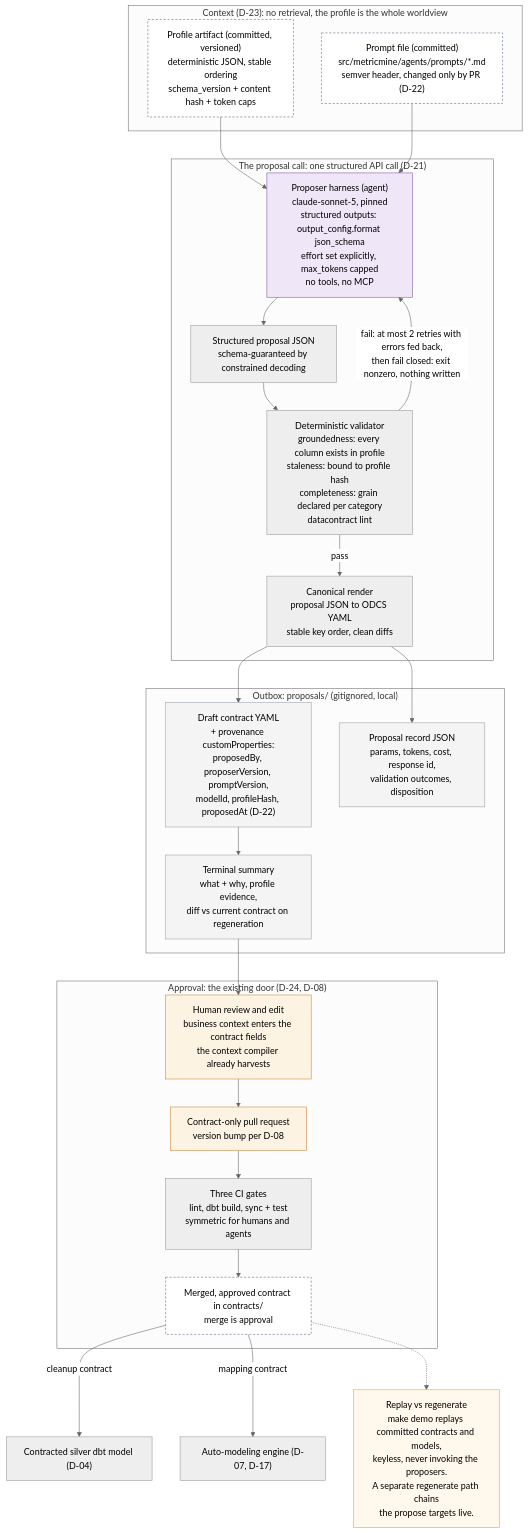
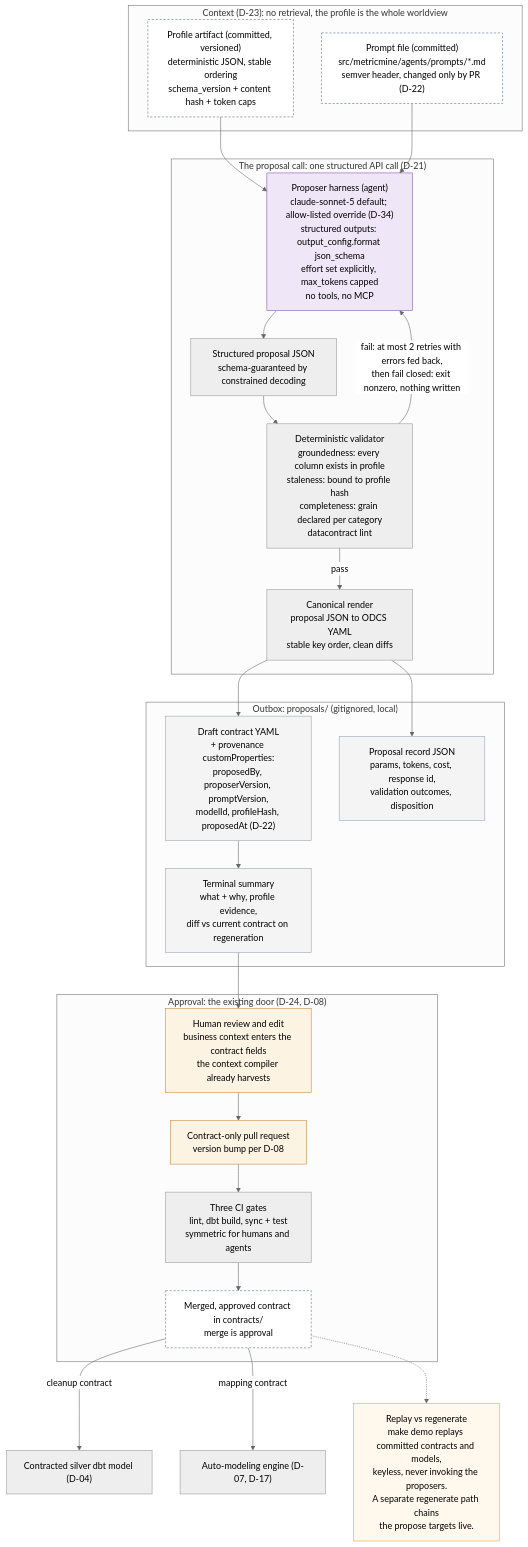
Before and after one commit to metricminellc/metricmine: the diagram in docs/diagrams/agent_proposal_flow.mmd, drawn with Mermaid (neutral theme). The commit also changed 21 other files, not shown here.

```diff
--- a/docs/diagrams/agent_proposal_flow.mmd
+++ b/docs/diagrams/agent_proposal_flow.mmd
@@ -1,53 +1,53 @@
 %% MetricMine agent layer: the proposer runtime (propose, validate, approve)
 %% Companion to Agent Layer Design 001 and Decision Record 002 (D-21..D-25), July 12, 2026.
 %% Both proposers share this shape: cleanup (bronze profile -> cleanup contract),
 %% mapping (silver profile -> mapping contract). One structured API call each, no tools,
 %% no MCP, no loops (D-21). Human-readable companion: agent_proposal_flow.svg
 flowchart TD
     subgraph CTX["Context (D-23): no retrieval, the profile is the whole worldview"]
         PROF["Profile artifact (committed, versioned)<br/>deterministic JSON, stable ordering<br/>schema_version + content hash + token caps"]
         PROMPT["Prompt file (committed)<br/>src/metricmine/agents/prompts/*.md<br/>semver header, changed only by PR (D-22)"]
     end
 
     subgraph CALL["The proposal call: one structured API call (D-21)"]
-        HARNESS["Proposer harness (agent)<br/>claude-sonnet-5, pinned<br/>structured outputs: output_config.format json_schema<br/>effort set explicitly, max_tokens capped<br/>no tools, no MCP"]
+        HARNESS["Proposer harness (agent)<br/>claude-sonnet-5 default; allow-listed override (D-34)<br/>structured outputs: output_config.format json_schema<br/>effort set explicitly, max_tokens capped<br/>no tools, no MCP"]
         JSON["Structured proposal JSON<br/>schema-guaranteed by constrained decoding"]
         VAL["Deterministic validator<br/>groundedness: every column exists in profile<br/>staleness: bound to profile hash<br/>completeness: grain declared per category<br/>datacontract lint"]
         RENDER["Canonical render<br/>proposal JSON to ODCS YAML<br/>stable key order, clean diffs"]
     end
 
     subgraph OUTBOX["Outbox: proposals/ (gitignored, local)"]
         DRAFT["Draft contract YAML<br/>+ provenance customProperties:<br/>proposedBy, proposerVersion, promptVersion,<br/>modelId, profileHash, proposedAt (D-22)"]
         RECORD["Proposal record JSON<br/>params, tokens, cost, response id,<br/>validation outcomes, disposition"]
         SUMMARY["Terminal summary<br/>what + why, profile evidence,<br/>diff vs current contract on regeneration"]
     end
 
     subgraph APPROVE["Approval: the existing door (D-24, D-08)"]
         REVIEW["Human review and edit<br/>business context enters the contract fields<br/>the context compiler already harvests"]
         PR["Contract-only pull request<br/>version bump per D-08"]
         GATES["Three CI gates<br/>lint, dbt build, sync + test<br/>symmetric for humans and agents"]
         MERGED["Merged, approved contract in contracts/<br/>merge is approval"]
     end
 
     PROF --> HARNESS
     PROMPT --> HARNESS
     HARNESS --> JSON --> VAL
     VAL -- "fail: at most 2 retries with errors fed back,<br/>then fail closed: exit nonzero, nothing written" --> HARNESS
     VAL -- pass --> RENDER
     RENDER --> DRAFT
     RENDER --> RECORD
     DRAFT --> SUMMARY --> REVIEW --> PR --> GATES --> MERGED
     MERGED -- "cleanup contract" --> SILVER["Contracted silver dbt model (D-04)"]
     MERGED -- "mapping contract" --> ENGINE["Auto-modeling engine (D-07, D-17)"]
     MERGED -.-> REPLAY["Replay vs regenerate<br/>make demo replays committed contracts and models,<br/>keyless, never invoking the proposers.<br/>A separate regenerate path chains<br/>the propose targets live."]
 
     style HARNESS fill:#EFE6F7,stroke:#7E57A5
     style REVIEW fill:#FDF3E3,stroke:#C8863B
     style PR fill:#FDF3E3,stroke:#C8863B
     style PROF fill:#FFFFFF,stroke:#5B6B84,stroke-dasharray: 4 3
     style PROMPT fill:#FFFFFF,stroke:#5B6B84,stroke-dasharray: 4 3
     style MERGED fill:#FFFFFF,stroke:#5B6B84,stroke-dasharray: 4 3
     style DRAFT fill:#F4F4F4,stroke:#9AA3AD
     style RECORD fill:#F4F4F4,stroke:#9AA3AD
     style SUMMARY fill:#F4F4F4,stroke:#9AA3AD
     style REPLAY fill:#FFF8EC,stroke:#E0A33E
```
